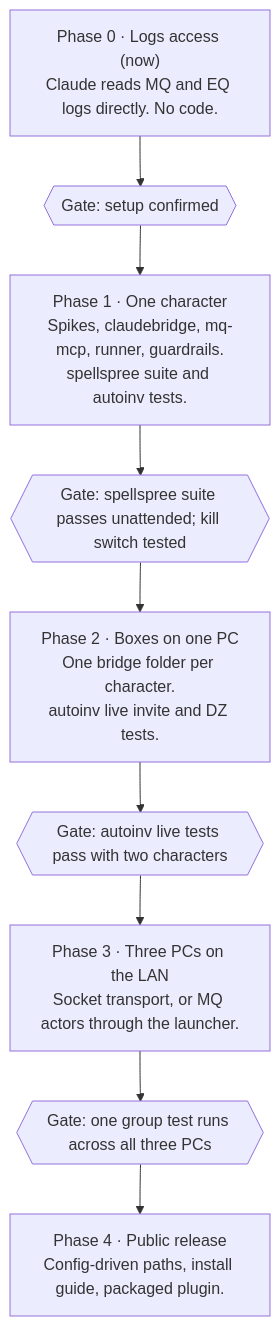
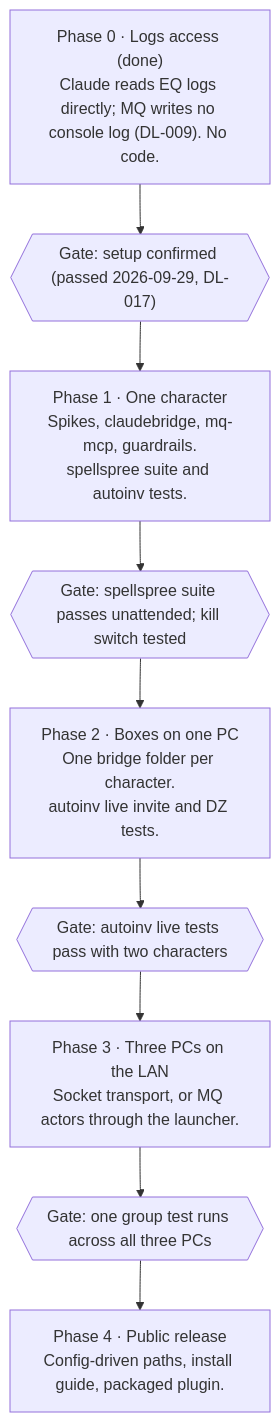
One commit to thezerodivide/MQClaudeTestBridge changed the second of 2 diagrams in SPEC.md. Above: the diagram before and after it, drawn with Mermaid. The commit also changed other lines of this file and 4 other files, not shown here.

First line of the commit message:
Phase 0 complete: verify paths, resolve five spikes, decide crash detection

````diff
--- a/SPEC.md
+++ b/SPEC.md
@@ -305,11 +311,11 @@
 ```mermaid
 flowchart TD
-    P0["Phase 0 · Logs access (now)<br/>Claude reads MQ and EQ logs directly. No code."] --> G0{{"Gate: setup confirmed"}}
-    G0 --> P1["Phase 1 · One character<br/>Spikes, claudebridge, mq-mcp, runner, guardrails.<br/>spellspree suite and autoinv tests."]
+    P0["Phase 0 · Logs access (done)<br/>Claude reads EQ logs directly; MQ writes no console log (DL-009). No code."] --> G0{{"Gate: setup confirmed (passed 2026-09-29, DL-017)"}}
+    G0 --> P1["Phase 1 · One character<br/>Spikes, claudebridge, mq-mcp, guardrails.<br/>spellspree suite and autoinv tests."]
     P1 --> G1{{"Gate: spellspree suite passes unattended; kill switch tested"}}
     G1 --> P2["Phase 2 · Boxes on one PC<br/>One bridge folder per character.<br/>autoinv live invite and DZ tests."]
     P2 --> G2{{"Gate: autoinv live tests pass with two characters"}}
     G2 --> P3["Phase 3 · Three PCs on the LAN<br/>Socket transport, or MQ actors through the launcher."]
     P3 --> G3{{"Gate: one group test runs across all three PCs"}}
     G3 --> P4["Phase 4 · Public release<br/>Config-driven paths, install guide, packaged plugin."]
 ```
````
